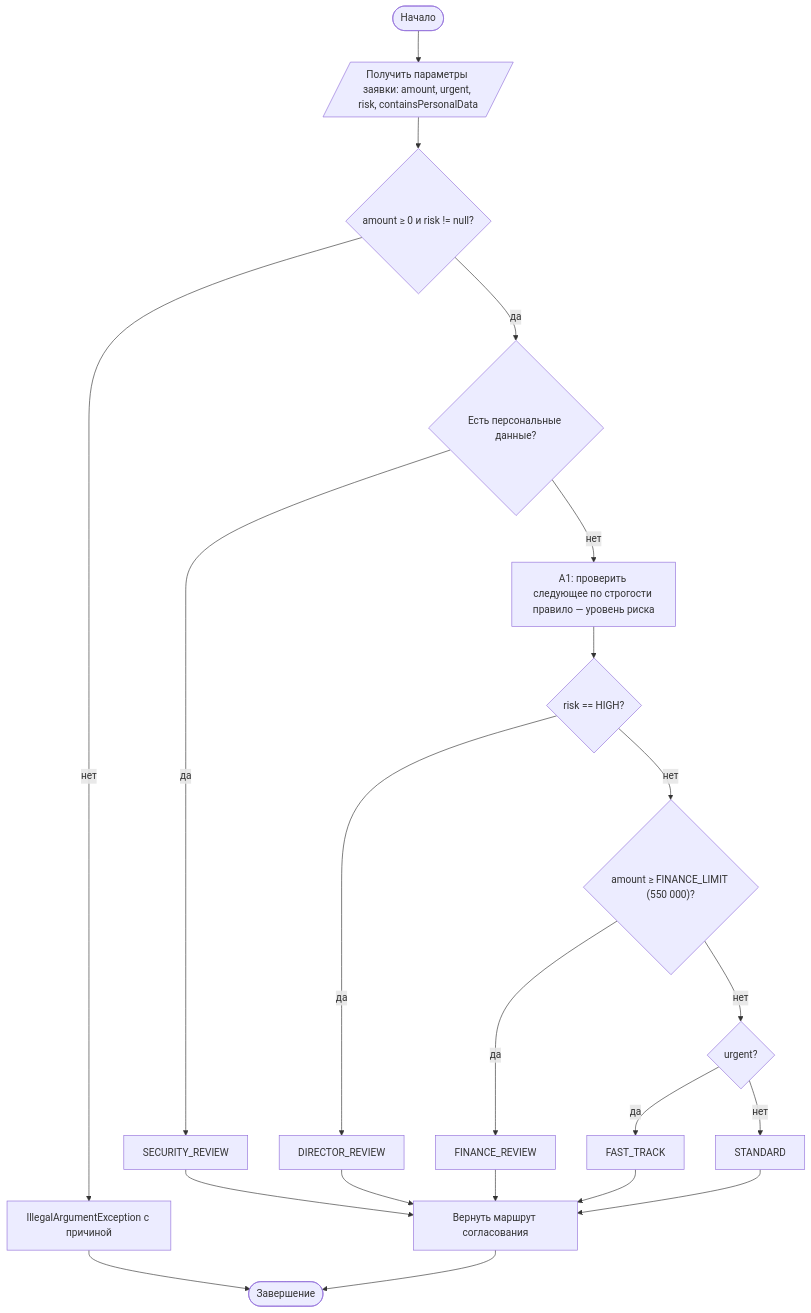
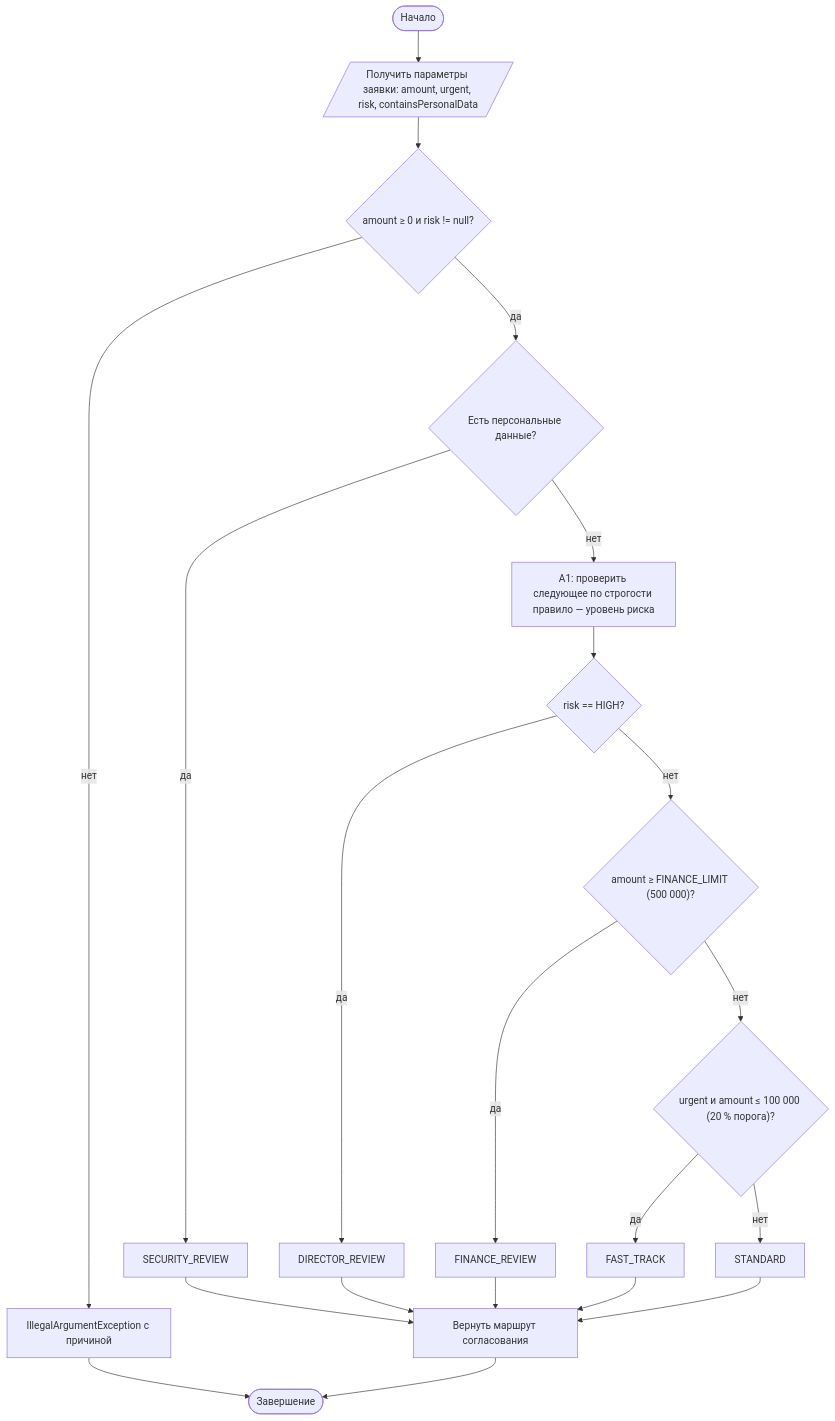
The first of 2 diagrams in pr06/README.md (f1shi/java-practice), drawn with Mermaid before and after one commit. The commit also changed other lines of this file and 68 other files, not shown here.

````diff
--- a/pr06/README.md
+++ b/pr06/README.md
@@ -18,17 +19,17 @@
 ```mermaid
 flowchart TD
     S([Начало]) --> IN[/Получить параметры заявки: amount, urgent, risk, containsPersonalData/]
     IN --> V{"amount ≥ 0 и risk != null?"}
     V -- нет --> X[IllegalArgumentException с причиной] --> E
     V -- да --> PD{Есть персональные данные?}
     PD -- да --> SEC[SECURITY_REVIEW]
     PD -- нет --> A1["A1: проверить следующее по строгости правило — уровень риска"]
     A1 --> HR{risk == HIGH?}
     HR -- да --> DIR[DIRECTOR_REVIEW]
-    HR -- нет --> FL{"amount ≥ FINANCE_LIMIT (550 000)?"}
+    HR -- нет --> FL{"amount ≥ FINANCE_LIMIT (500 000)?"}
     FL -- да --> FIN[FINANCE_REVIEW]
-    FL -- нет --> UR{urgent?}
+    FL -- нет --> UR{"urgent и amount ≤ 100 000 (20 % порога)?"}
     UR -- да --> FT[FAST_TRACK]
     UR -- нет --> ST[STANDARD]
     SEC & DIR & FIN & FT & ST --> RET[Вернуть маршрут согласования] --> E([Завершение])
 ```
````
